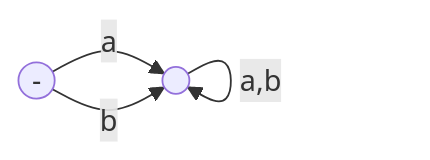
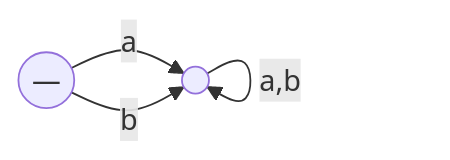
Before and after one commit to ufidon/ct: the third of 7 diagrams in assessments/quiz3.md, drawn with Mermaid. The commit also changed other lines of this file and 2 other files, not shown here.

````diff
--- a/assessments/quiz3.md
+++ b/assessments/quiz3.md
@@ -22,8 +22,8 @@
 ```mermaid
 flowchart LR
-  q1(("-"))
+  q1(("—"))
   q2((" "))
   q1-->|a|q2
   q1-->|b|q2
   q2-->|"a,b"|q2
 ```
````
